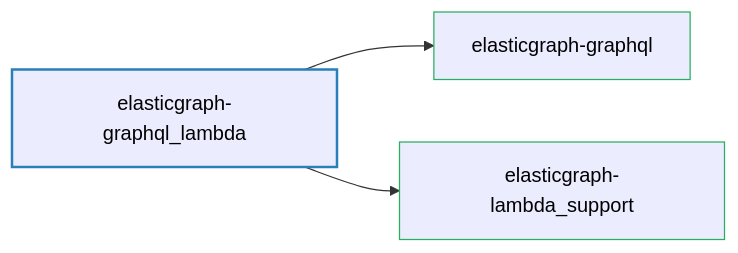
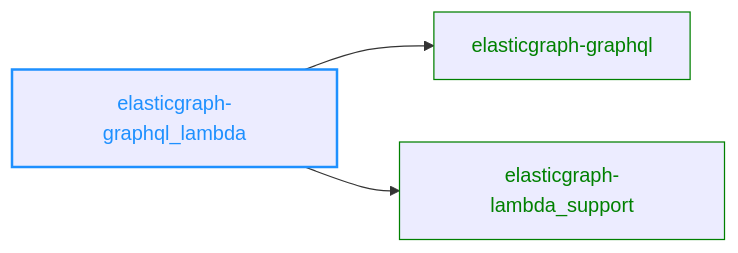
One commit to block/elasticgraph changed the diagram in elasticgraph-graphql_lambda/README.md. Above: the diagram before and after it, drawn with Mermaid. The commit also changed 23 other files, not shown here.

````diff
--- a/elasticgraph-graphql_lambda/README.md
+++ b/elasticgraph-graphql_lambda/README.md
@@ -7,11 +7,11 @@
 ```mermaid
 graph LR;
     elasticgraph-graphql_lambda["elasticgraph-graphql_lambda"];
     elasticgraph-graphql["elasticgraph-graphql"];
     elasticgraph-graphql_lambda --> elasticgraph-graphql;
     elasticgraph-lambda_support["elasticgraph-lambda_support"];
     elasticgraph-graphql_lambda --> elasticgraph-lambda_support;
-    style elasticgraph-graphql_lambda fill:#lightblue,stroke:#2980b9,stroke-width:2px,color:#000;
-    style elasticgraph-graphql fill:#lightgreen,stroke:#27ae60,stroke-width:1px,color:#000;
-    style elasticgraph-lambda_support fill:#lightgreen,stroke:#27ae60,stroke-width:1px,color:#000;
+    style elasticgraph-graphql_lambda color:DodgerBlue,stroke-width:2px,stroke:DodgerBlue;
+    style elasticgraph-graphql color:Green,stroke:Green;
+    style elasticgraph-lambda_support color:Green,stroke:Green;
 ```
````
